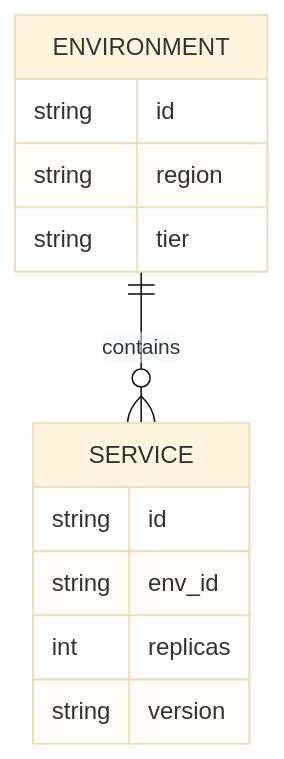
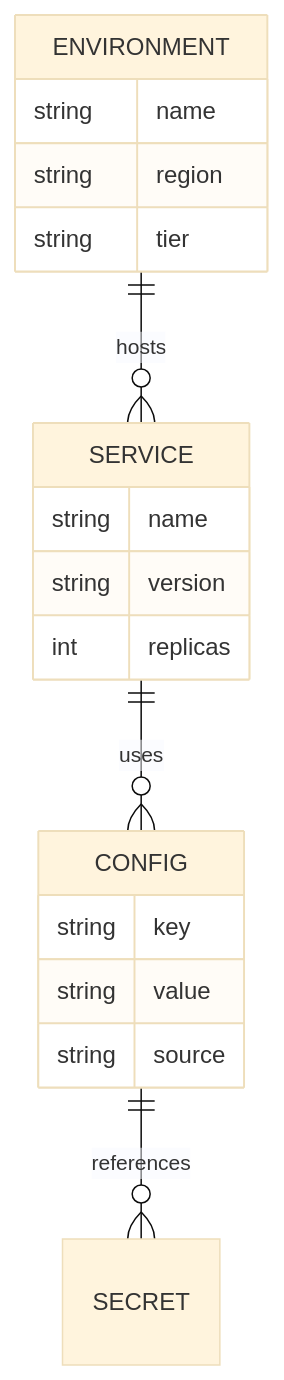
One commit to xincheng213618/OpenDeepWiki changed the third of 5 diagrams in src/KoalaWiki/Prompts/Warehouse/GenerateDocsDevOpsConfiguration.md. Above: the diagram before and after it, drawn with Mermaid (base theme). The commit also changed other lines of this file and 31 other files, not shown here.

````diff
--- a/src/KoalaWiki/Prompts/Warehouse/GenerateDocsDevOpsConfiguration.md
+++ b/src/KoalaWiki/Prompts/Warehouse/GenerateDocsDevOpsConfiguration.md
@@ -113,15 +131,21 @@
 ```mermaid
 erDiagram
-    ENVIRONMENT ||--o{ SERVICE : contains
+    ENVIRONMENT ||--o{ SERVICE : hosts
+    SERVICE ||--o{ CONFIG : uses
+    CONFIG ||--o{ SECRET : references
     ENVIRONMENT {
-        string id
+        string name
         string region
         string tier
     }
     SERVICE {
-        string id
-        string env_id
+        string name
+        string version
         int replicas
-        string version
+    }
+    CONFIG {
+        string key
+        string value
+        string source
     }
 ```
````
